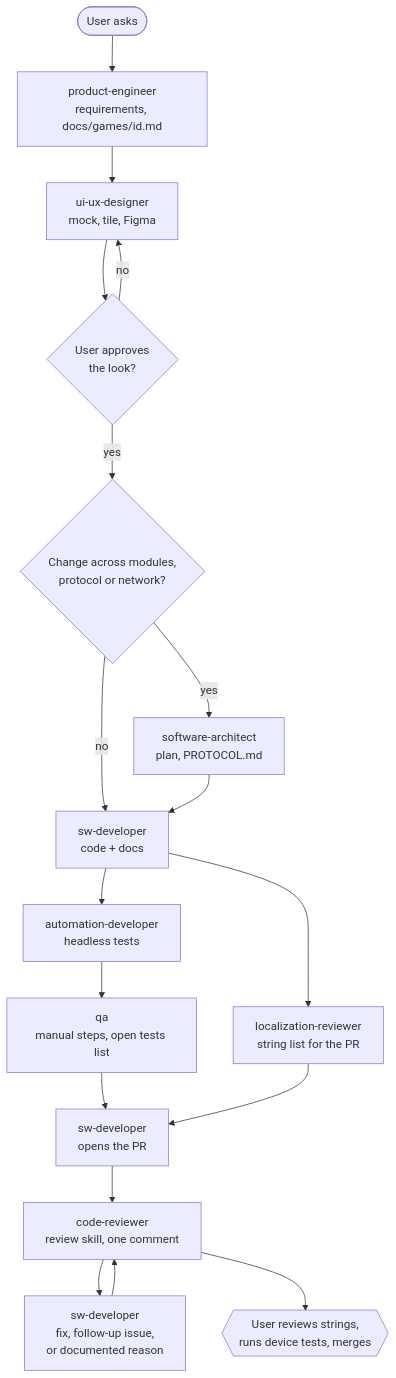
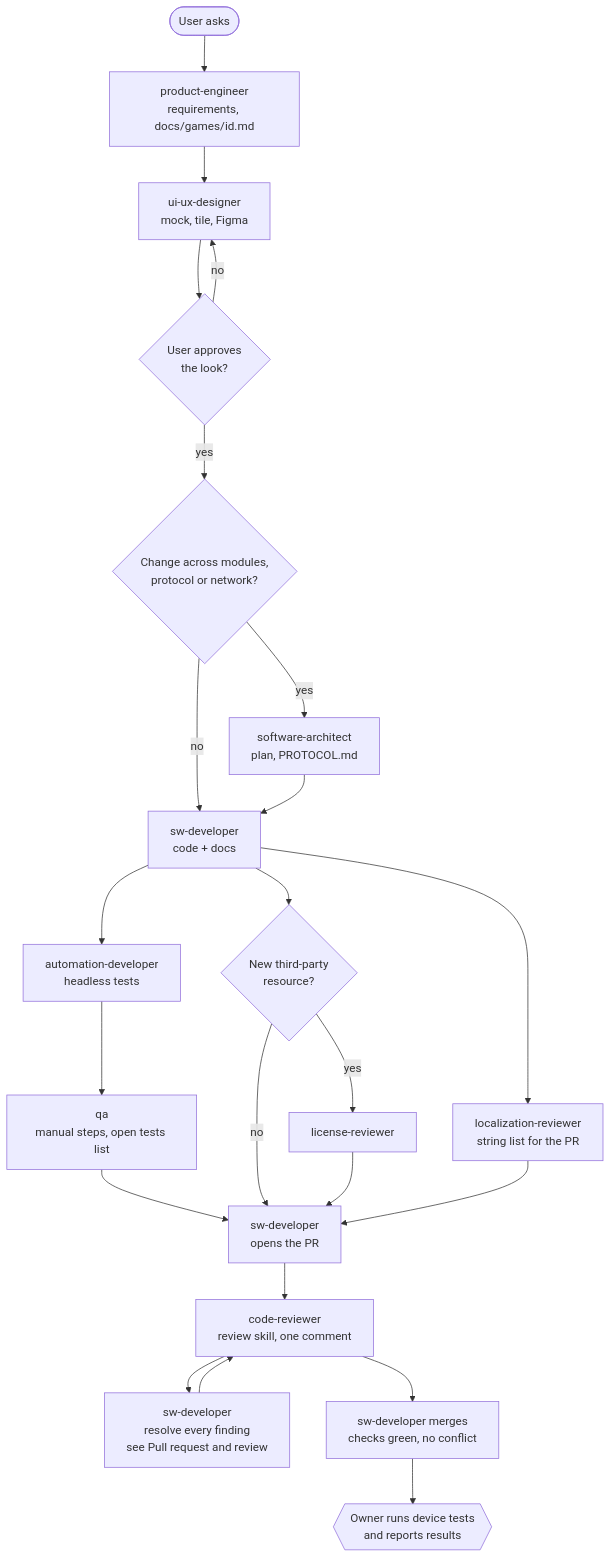
Before and after one commit to alonzo86/remote-play: the first of 8 diagrams in docs/AGENTS.md, drawn with Mermaid. The commit also changed other lines of this file, not shown here.

First line of the commit message:
Agent diagrams follow the new review and merge rules (license-reviewer, tiebreaker, auto merge)

````diff
--- a/docs/AGENTS.md
+++ b/docs/AGENTS.md
@@ -24,20 +25,25 @@
 ```mermaid
 flowchart TD
     U0([User asks]) --> PE[product-engineer<br/>requirements, docs/games/id.md]
     PE --> UX[ui-ux-designer<br/>mock, tile, Figma]
     UX --> U1{User approves<br/>the look?}
     U1 -- no --> UX
     U1 -- yes --> X{Change across modules,<br/>protocol or network?}
     X -- yes --> SA[software-architect<br/>plan, PROTOCOL.md]
     X -- no --> DEV
     SA --> DEV[sw-developer<br/>code + docs]
     DEV --> AUTO[automation-developer<br/>headless tests]
     AUTO --> QA[qa<br/>manual steps, open tests list]
     DEV --> LOC[localization-reviewer<br/>string list for the PR]
     QA --> PR[sw-developer<br/>opens the PR]
+    DEV --> LIC{New third-party<br/>resource?}
+    LIC -- yes --> LR[license-reviewer]
+    LIC -- no --> PR
+    LR --> PR
     LOC --> PR
     PR --> REV[code-reviewer<br/>review skill, one comment]
-    REV --> FIX[sw-developer<br/>fix, follow-up issue,<br/>or documented reason]
+    REV --> FIX[sw-developer<br/>resolve every finding<br/>see Pull request and review]
     FIX --> REV
-    REV --> U2{{User reviews strings,<br/>runs device tests, merges}}
+    REV --> MRG[sw-developer merges<br/>checks green, no conflict]
+    MRG --> U2{{Owner runs device tests<br/>and reports results}}
 ```
````
